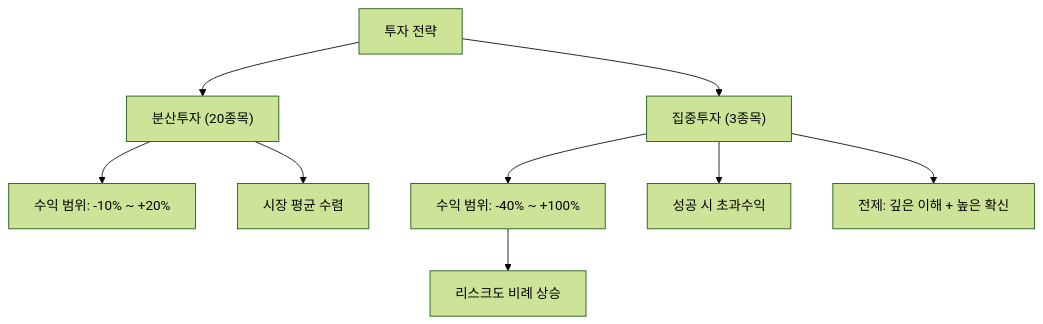
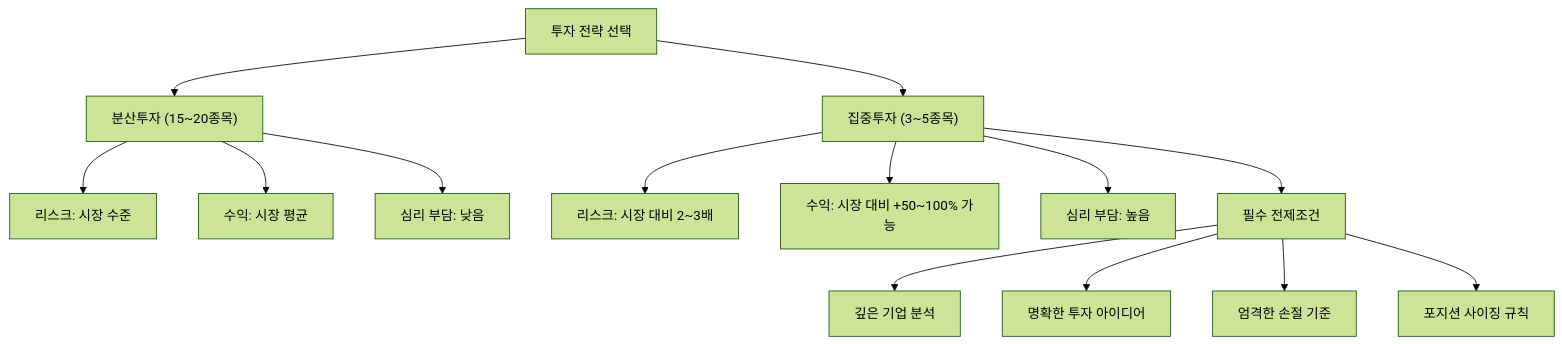
Before and after one commit to yeongseon/stock-visual-note: the diagram in content/stock-terms/ko/level-10-company-analysis/concentration.md, drawn with Mermaid (forest theme). The commit also changed other lines of this file and 9 other files, not shown here.

Commit message:
content: rewrite level-10 (10 articles) — richer diagrams, realistic scenarios, blog tone

````diff
--- a/content/stock-terms/ko/level-10-company-analysis/concentration.md
+++ b/content/stock-terms/ko/level-10-company-analysis/concentration.md
@@ -42,12 +43,17 @@
 ```mermaid
 graph TD
-    A["투자 전략"]
-    A --> B["분산투자 (20종목)"]
-    A --> C["집중투자 (3종목)"]
-    B --> B1["수익 범위: -10% ~ +20%"]
-    B --> B2["시장 평균 수렴"]
-    C --> C1["수익 범위: -40% ~ +100%"]
-    C --> C2["성공 시 초과수익"]
-    C --> C3["전제: 깊은 이해 + 높은 확신"]
-    C1 --> D["리스크도 비례 상승"]
+    A["투자 전략 선택"]
+    A --> B["분산투자 (15~20종목)"]
+    A --> C["집중투자 (3~5종목)"]
+    B --> B1["리스크: 시장 수준"]
+    B --> B2["수익: 시장 평균"]
+    B --> B3["심리 부담: 낮음"]
+    C --> C1["리스크: 시장 대비 2~3배"]
+    C --> C2["수익: 시장 대비 +50~100% 가능"]
+    C --> C3["심리 부담: 높음"]
+    C --> D["필수 전제조건"]
+    D --> D1["깊은 기업 분석"]
+    D --> D2["명확한 투자 아이디어"]
+    D --> D3["엄격한 손절 기준"]
+    D --> D4["포지션 사이징 규칙"]
 ```
````
